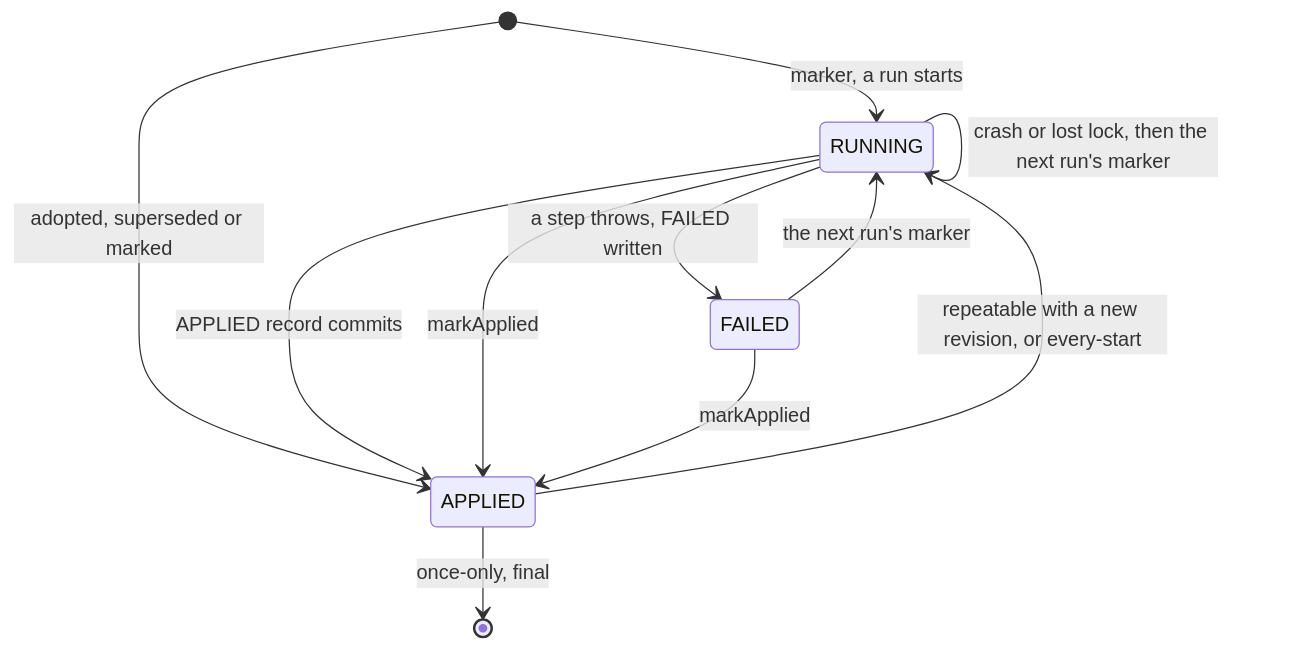
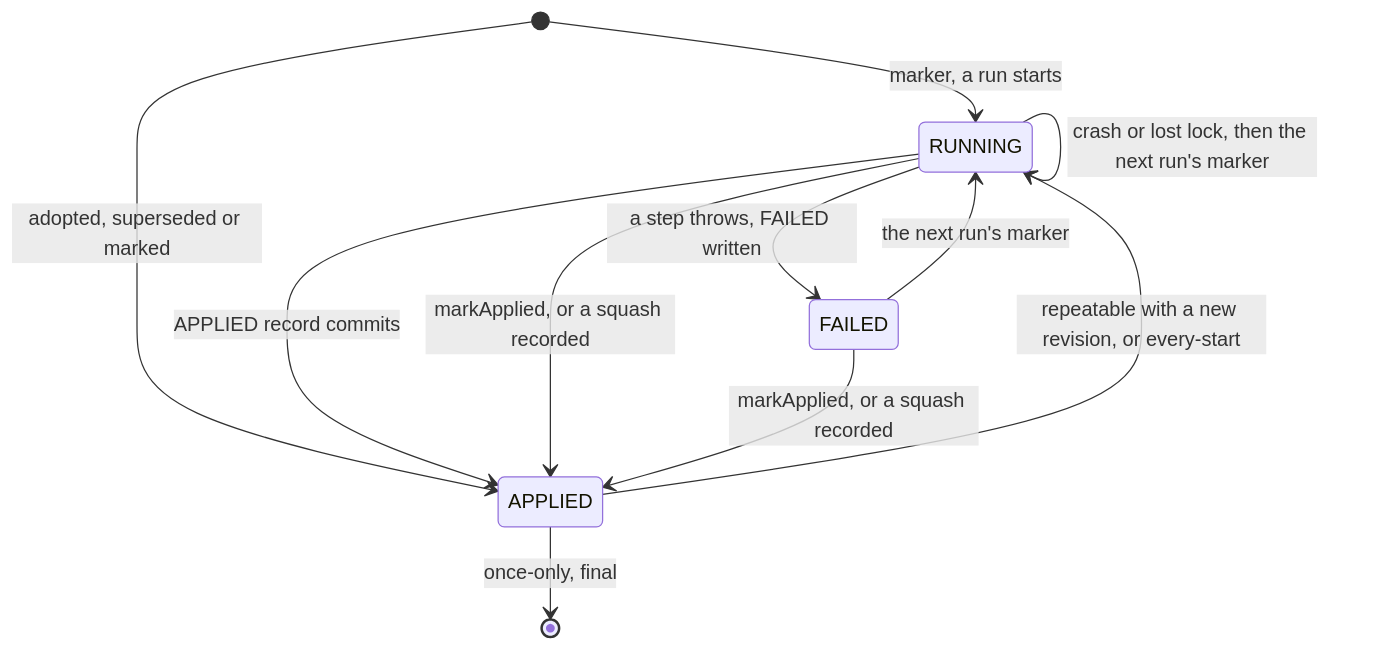
One commit to resoluteworks/godwit changed the diagram in docs/architecture.md. Above: the diagram before and after it, drawn with Mermaid. The commit also changed other lines of this file and 77 other files, not shown here.

````diff
--- a/docs/architecture.md
+++ b/docs/architecture.md
@@ -309,13 +313,13 @@
 ```mermaid
 stateDiagram-v2
     [*] --> RUNNING: marker, a run starts
     [*] --> APPLIED: adopted, superseded or marked
     RUNNING --> APPLIED: APPLIED record commits
     RUNNING --> FAILED: a step throws, FAILED written
     RUNNING --> RUNNING: crash or lost lock, then the next run's marker
     FAILED --> RUNNING: the next run's marker
-    RUNNING --> APPLIED: markApplied
-    FAILED --> APPLIED: markApplied
+    RUNNING --> APPLIED: markApplied, or a squash recorded
+    FAILED --> APPLIED: markApplied, or a squash recorded
     APPLIED --> RUNNING: repeatable with a new revision, or every-start
     APPLIED --> [*]: once-only, final
 ```
````
